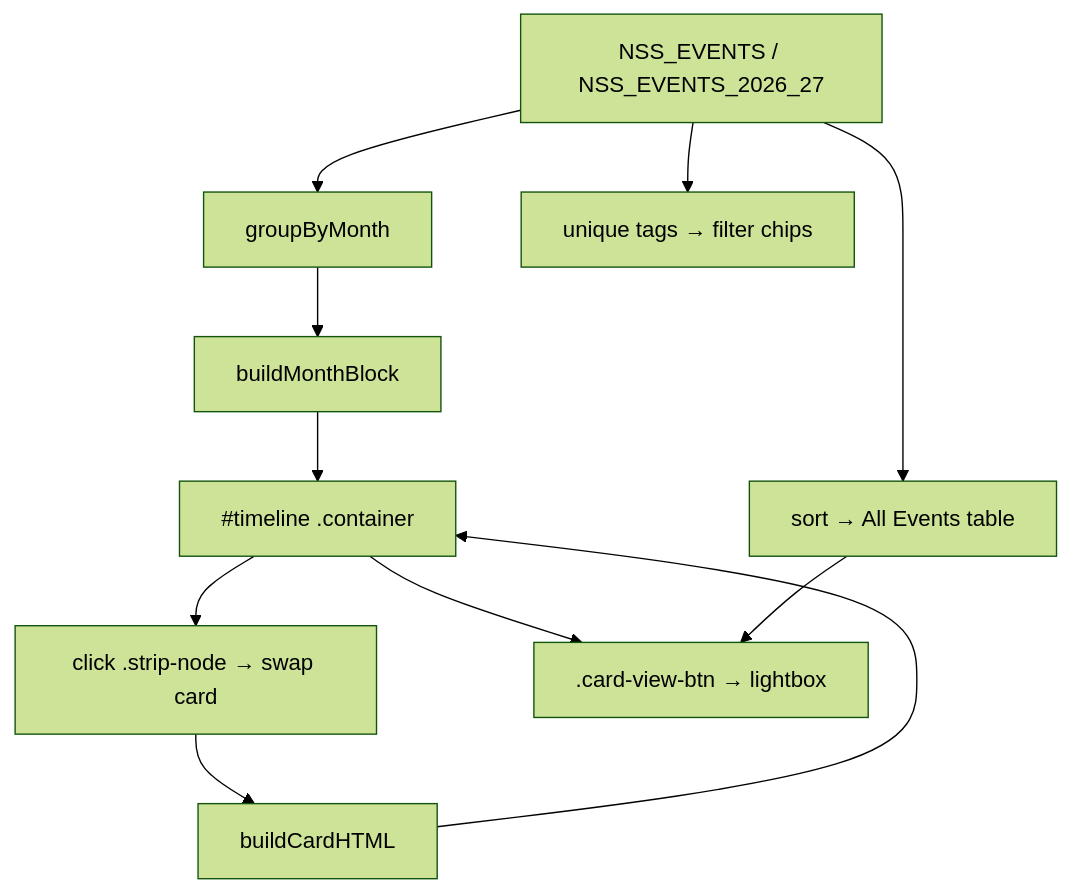
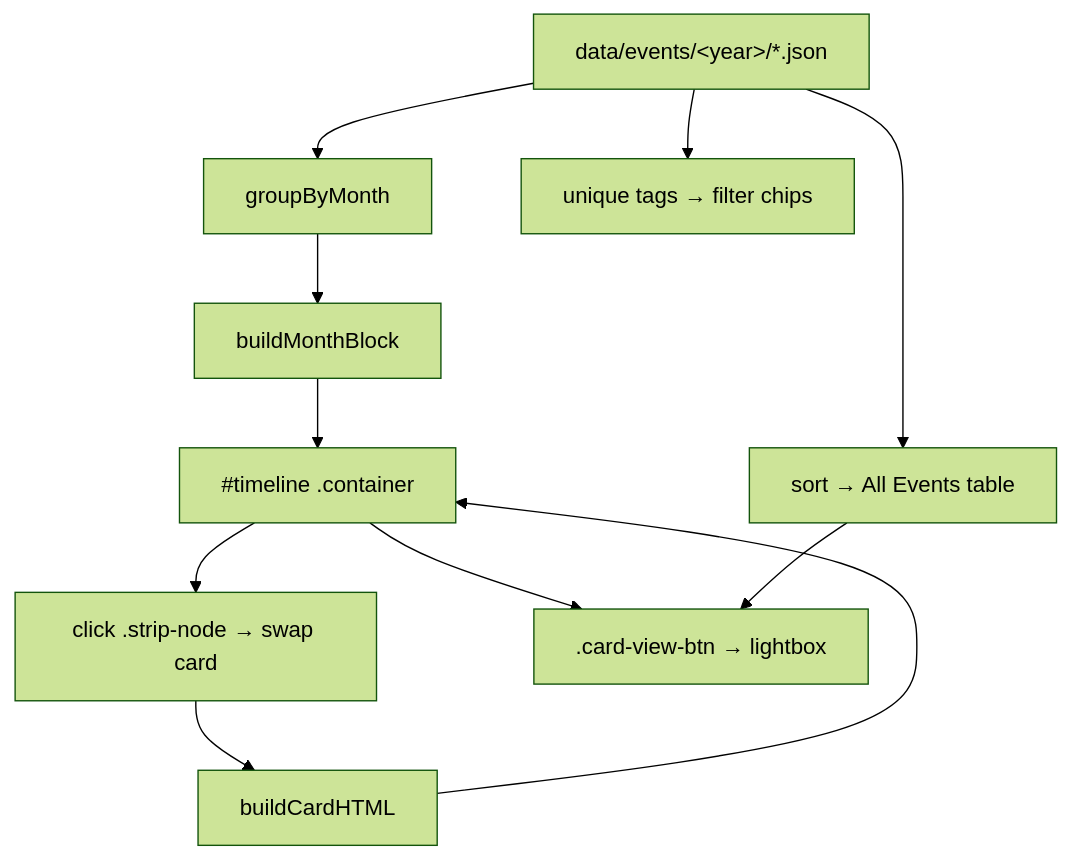
One commit to hainunki-a11y/nss-dyanamic-website changed the diagram in docs/EVENT_SYSTEM.md. Above: the diagram before and after it, drawn with Mermaid (forest theme). The commit also changed other lines of this file and 90 other files, not shown here.

First line of the commit message:
Implement data-driven CMS for NSS TSEC website (Sessions 2-6)

````diff
--- a/docs/EVENT_SYSTEM.md
+++ b/docs/EVENT_SYSTEM.md
@@ -136,13 +159,13 @@
 ```mermaid
 flowchart TD
-    A[NSS_EVENTS / NSS_EVENTS_2026_27] --> B[groupByMonth]
+    A[data/events/&lt;year&gt;/*.json] --> B[groupByMonth]
     B --> C[buildMonthBlock]
     C --> D[#timeline .container]
     A --> E[unique tags → filter chips]
     A --> F[sort → All Events table]
     D --> G[click .strip-node → swap card]
     D --> H[.card-view-btn → lightbox]
     F --> H
     G --> I[buildCardHTML]
     I --> D
 ```
````
